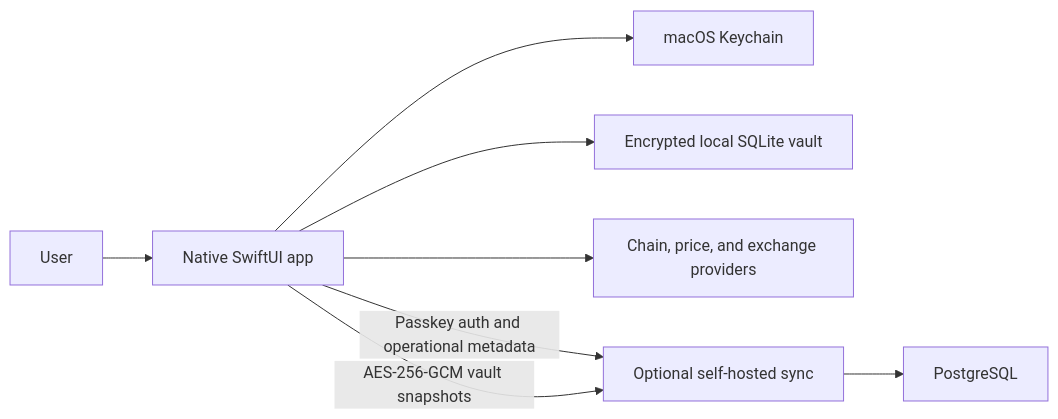
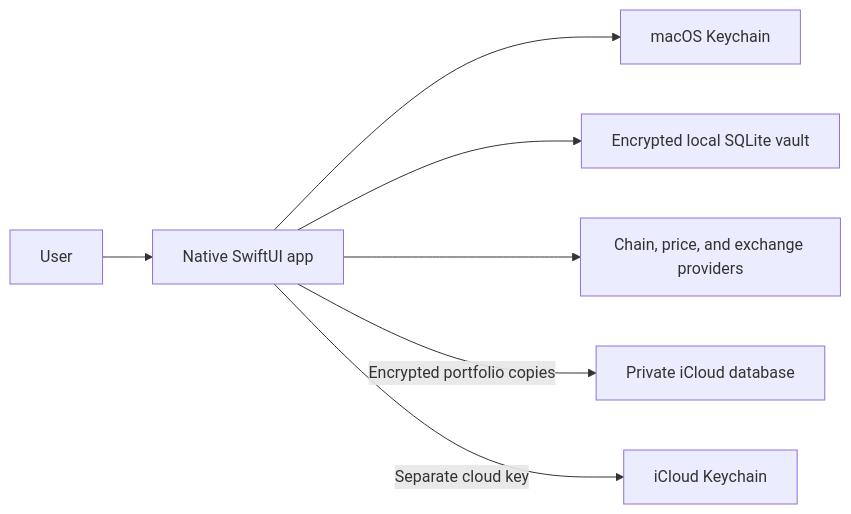
The diagram in README.md (girginomer10/address-atlas), drawn with Mermaid before and after one commit. The commit also changed other lines of this file and 41 other files, not shown here.

Commit message:
Replace native hosted sync with encrypted iCloud copies

````diff
--- a/README.md
+++ b/README.md
@@ -64,10 +64,9 @@
 ```mermaid
 flowchart LR
     U["User"] --> M["Native SwiftUI app"]
     M --> K["macOS Keychain"]
     M --> L["Encrypted local SQLite vault"]
     M --> P["Chain, price, and exchange providers"]
-    M -->|"Passkey auth and operational metadata"| S["Optional self-hosted sync"]
-    M -->|"AES-256-GCM vault snapshots"| S
-    S --> D["PostgreSQL"]
+    M -->|"Encrypted portfolio copies"| S["Private iCloud database"]
+    M -->|"Separate cloud key"| C["iCloud Keychain"]
 ```
````
